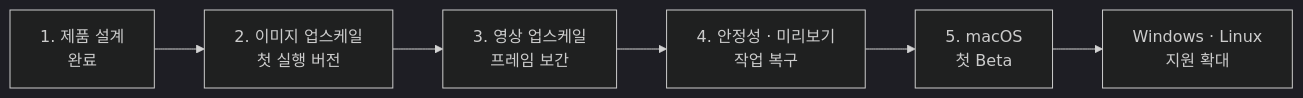
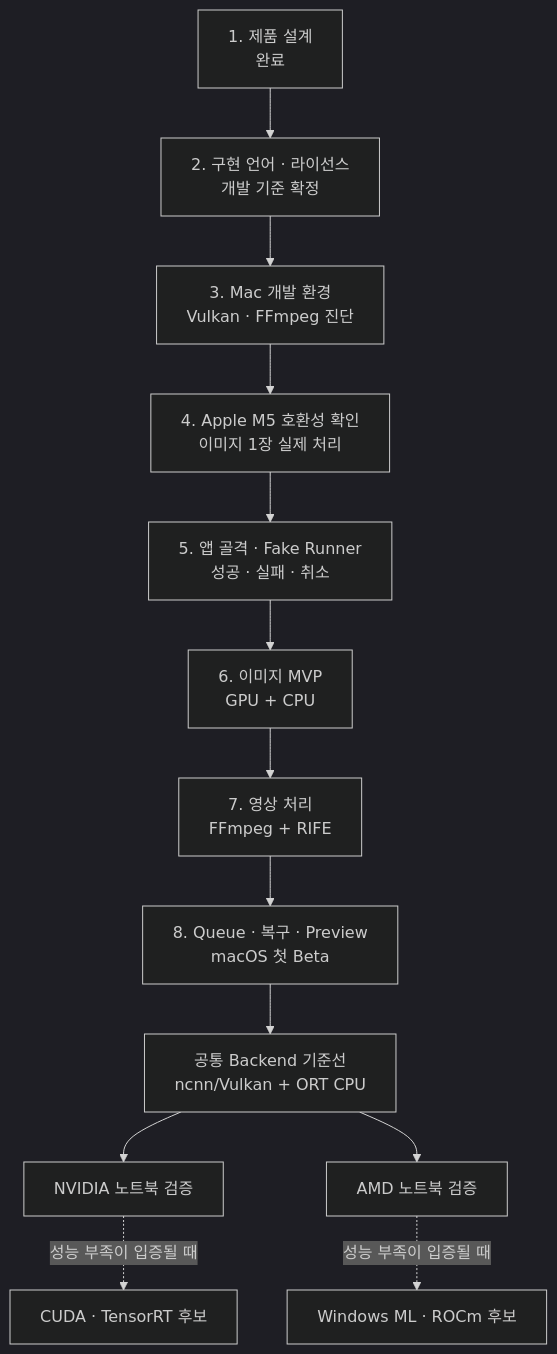
Before and after one commit to zooslab/zoos-upscale: the second of 2 diagrams in README.md, drawn with Mermaid (dark theme). The commit also changed other lines of this file and 1 other file, not shown here.

Commit message:
docs: Mac 우선 개발 로드맵 구체화
Apple M5 검증부터 macOS Beta까지의 단계와 NVIDIA·AMD 공통 Backend 검증 순서를 반영한다. 구현 언어 선택 게이트와 언어 중립 실행 경계도 공개 아키텍처에 정리한다.

````diff
--- a/README.md
+++ b/README.md
@@ -68,8 +70,16 @@
 ```mermaid
-flowchart LR
-    A["1. 제품 설계<br/>완료"] --> B["2. 이미지 업스케일<br/>첫 실행 버전"]
-    B --> C["3. 영상 업스케일<br/>프레임 보간"]
-    C --> D["4. 안정성 · 미리보기<br/>작업 복구"]
-    D --> E["5. macOS<br/>첫 Beta"]
-    E --> F["Windows · Linux<br/>지원 확대"]
+flowchart TB
+    A["1. 제품 설계<br/>완료"] --> B["2. 구현 언어 · 라이선스<br/>개발 기준 확정"]
+    B --> C["3. Mac 개발 환경<br/>Vulkan · FFmpeg 진단"]
+    C --> D["4. Apple M5 호환성 확인<br/>이미지 1장 실제 처리"]
+    D --> E["5. 앱 골격 · Fake Runner<br/>성공 · 실패 · 취소"]
+    E --> F["6. 이미지 MVP<br/>GPU + CPU"]
+    F --> G["7. 영상 처리<br/>FFmpeg + RIFE"]
+    G --> H["8. Queue · 복구 · Preview<br/>macOS 첫 Beta"]
+
+    H --> I["공통 Backend 기준선<br/>ncnn/Vulkan + ORT CPU"]
+    I --> N["NVIDIA 노트북 검증"]
+    I --> M["AMD 노트북 검증"]
+    N -. 성능 부족이 입증될 때 .-> NV["CUDA · TensorRT 후보"]
+    M -. 성능 부족이 입증될 때 .-> AM["Windows ML · ROCm 후보"]
 ```
````
